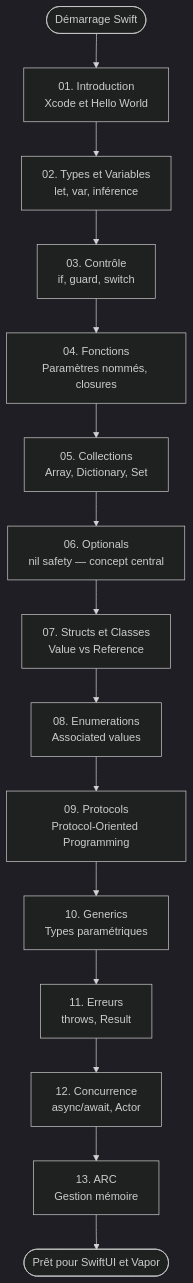
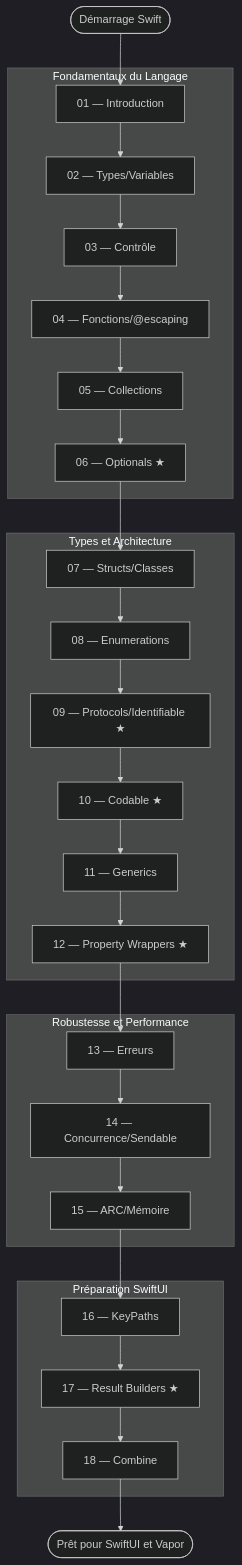
One commit to zyrass/omnydocs changed the diagram in docs/dev-cloud/mobile/swift/index.md. Above: the diagram before and after it, drawn with Mermaid (dark theme). The commit also changed other lines of this file and 718 other files, not shown here.

````diff
--- a/docs/dev-cloud/mobile/swift/index.md
+++ b/docs/dev-cloud/mobile/swift/index.md
@@ -145,23 +205,41 @@
 ```mermaid
 flowchart TB
     Start([Démarrage Swift])
 
-    M01["01. Introduction<br/>Xcode et Hello World"]
-    M02["02. Types et Variables<br/>let, var, inférence"]
-    M03["03. Contrôle<br/>if, guard, switch"]
-    M04["04. Fonctions<br/>Paramètres nommés, closures"]
-    M05["05. Collections<br/>Array, Dictionary, Set"]
-    M06["06. Optionals<br/>nil safety — concept central"]
-    M07["07. Structs et Classes<br/>Value vs Reference"]
-    M08["08. Enumerations<br/>Associated values"]
-    M09["09. Protocols<br/>Protocol-Oriented Programming"]
-    M10["10. Generics<br/>Types paramétriques"]
-    M11["11. Erreurs<br/>throws, Result"]
-    M12["12. Concurrence<br/>async/await, Actor"]
-    M13["13. ARC<br/>Gestion mémoire"]
+    subgraph Fondamentaux["Fondamentaux du Langage"]
+        M01["01 — Introduction"]
+        M02["02 — Types/Variables"]
+        M03["03 — Contrôle"]
+        M04["04 — Fonctions/@escaping"]
+        M05["05 — Collections"]
+        M06["06 — Optionals ★"]
+    end
+
+    subgraph Architecture["Types et Architecture"]
+        M07["07 — Structs/Classes"]
+        M08["08 — Enumerations"]
+        M09["09 — Protocols/Identifiable ★"]
+        M10["10 — Codable ★"]
+        M11["11 — Generics"]
+        M12["12 — Property Wrappers ★"]
+    end
+
+    subgraph Robustesse["Robustesse et Performance"]
+        M13["13 — Erreurs"]
+        M14["14 — Concurrence/Sendable"]
+        M15["15 — ARC/Mémoire"]
+    end
+
+    subgraph PrepaSwiftUI["Préparation SwiftUI"]
+        M16["16 — KeyPaths"]
+        M17["17 — Result Builders ★"]
+        M18["18 — Combine"]
+    end
 
     End(["Prêt pour SwiftUI et Vapor"])
 
     Start --> M01 --> M02 --> M03 --> M04 --> M05 --> M06
-    M06 --> M07 --> M08 --> M09 --> M10 --> M11 --> M12 --> M13 --> End
+    M06 --> M07 --> M08 --> M09 --> M10 --> M11 --> M12
+    M12 --> M13 --> M14 --> M15
+    M15 --> M16 --> M17 --> M18 --> End
 ```
````
